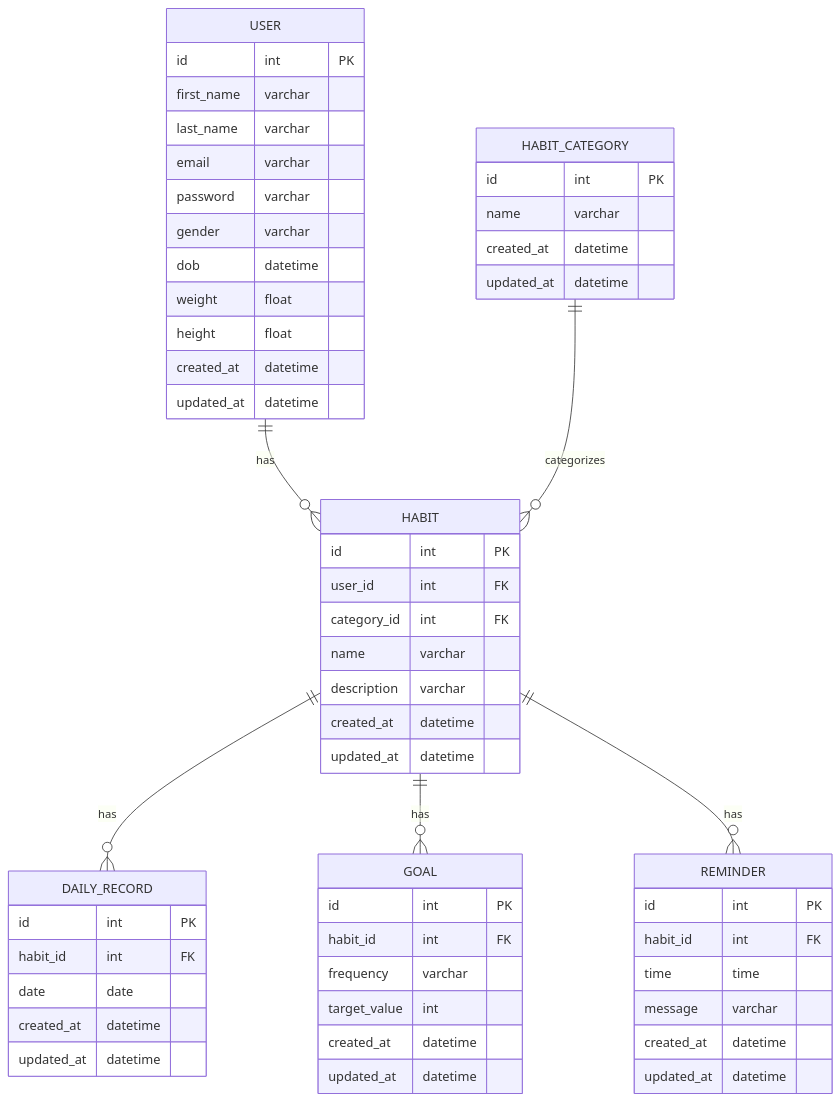
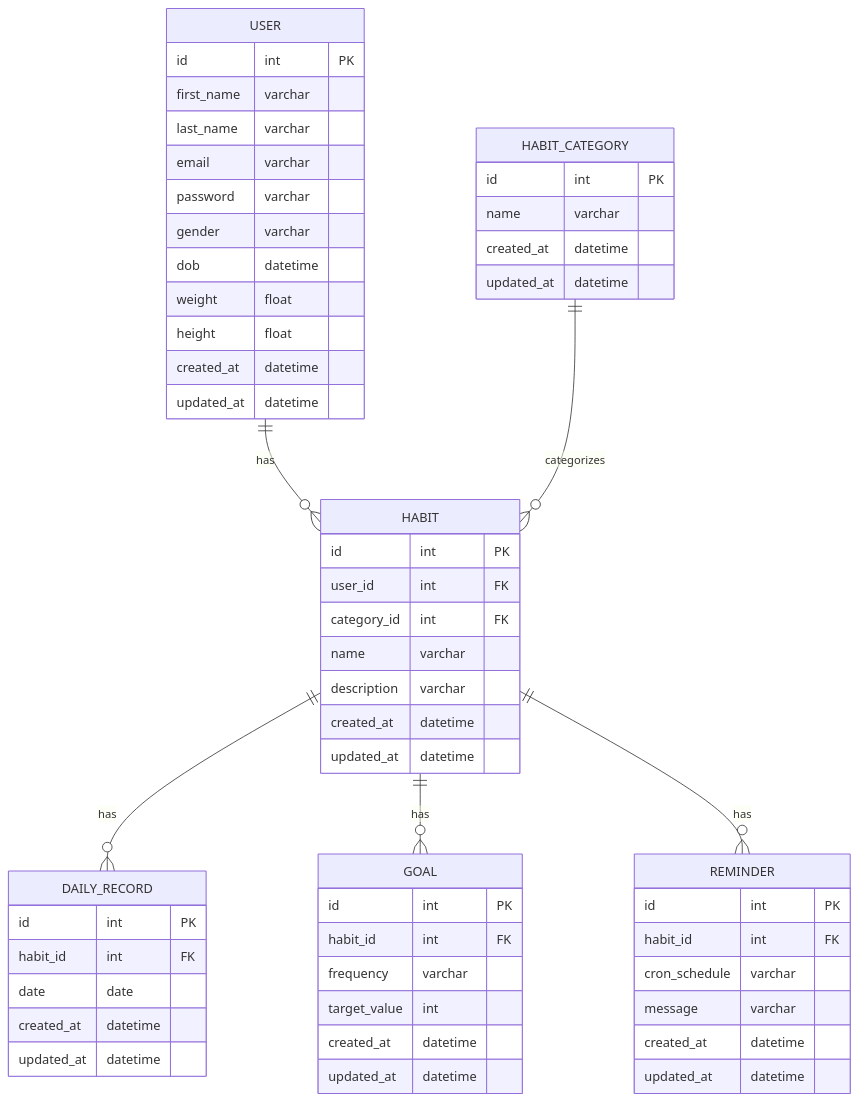
One commit to csalazar94/habit-tracker-api changed the diagram in docs/erd.mmd. Above: the diagram before and after it, drawn with Mermaid. The commit also changed 3 other files, not shown here.

Commit message:
📝 update erd and class diagram with cronConfig for reminders

```diff
--- a/docs/erd.mmd
+++ b/docs/erd.mmd
@@ -1,58 +1,58 @@
 erDiagram
     USER {
         id int PK
         first_name varchar
         last_name varchar
         email varchar
         password varchar
         gender varchar
         dob datetime
         weight float
         height float
         created_at datetime
         updated_at datetime
     }
     HABIT_CATEGORY {
         id int PK
         name varchar
         created_at datetime
         updated_at datetime
     }
     HABIT {
         id int PK
         user_id int FK
         category_id int FK
         name varchar
         description varchar
         created_at datetime
         updated_at datetime
     }
     DAILY_RECORD {
         id int PK
         habit_id int FK
         date date
         created_at datetime
         updated_at datetime
     }
     GOAL {
         id int PK
         habit_id int FK
         frequency varchar
         target_value int
         created_at datetime
         updated_at datetime
     }
     REMINDER {
         id int PK
         habit_id int FK
-        time time
+        cron_schedule varchar
         message varchar
         created_at datetime
         updated_at datetime
     }
 
     USER ||--o{ HABIT: has
     HABIT_CATEGORY ||--o{ HABIT: categorizes
     HABIT ||--o{ DAILY_RECORD: has
     HABIT ||--o{ GOAL: has
     HABIT ||--o{ REMINDER: has
```
